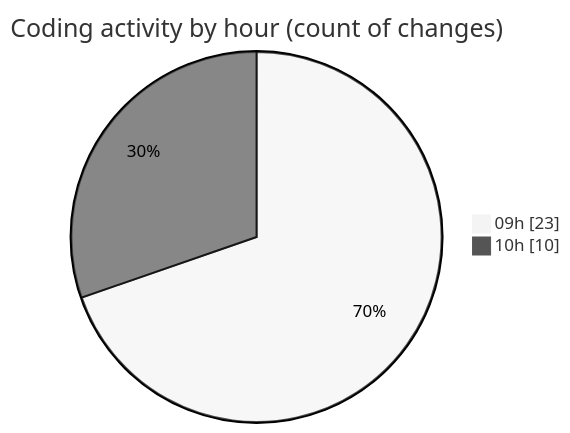
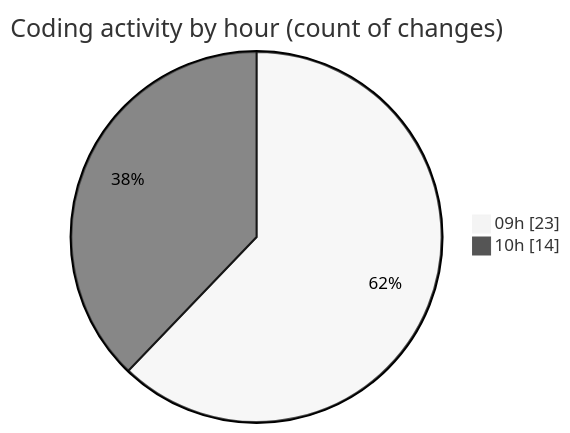
Before and after one commit to momahboobian/code-tracking: the second of 2 diagrams in 2025-10-23/cda/README.md, drawn with Mermaid (neutral theme). The commit also changed other lines of this file and 1 other file, not shown here.

````diff
--- a/2025-10-23/cda/README.md
+++ b/2025-10-23/cda/README.md
@@ -31,6 +31,6 @@
 ```mermaid
 pie showData
 title Coding activity by hour (count of changes)
 "09h" : 23
-"10h" : 10
+"10h" : 14
 ```
````
